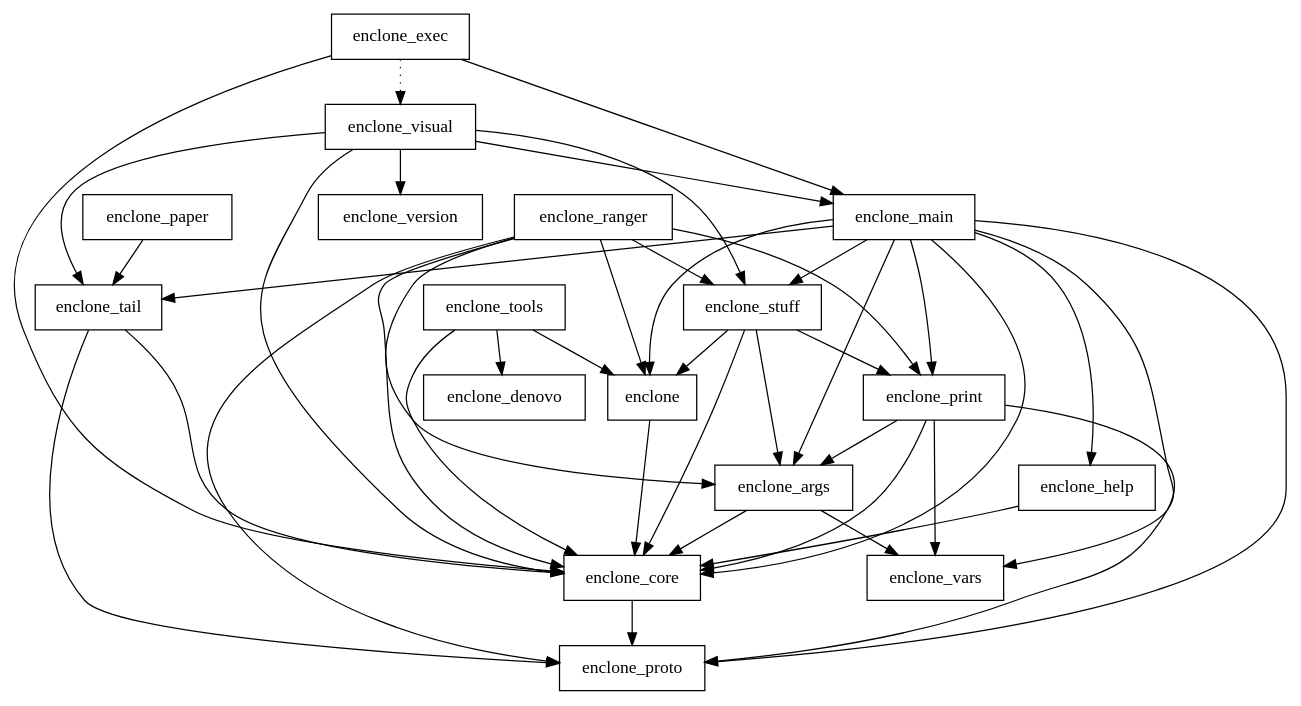
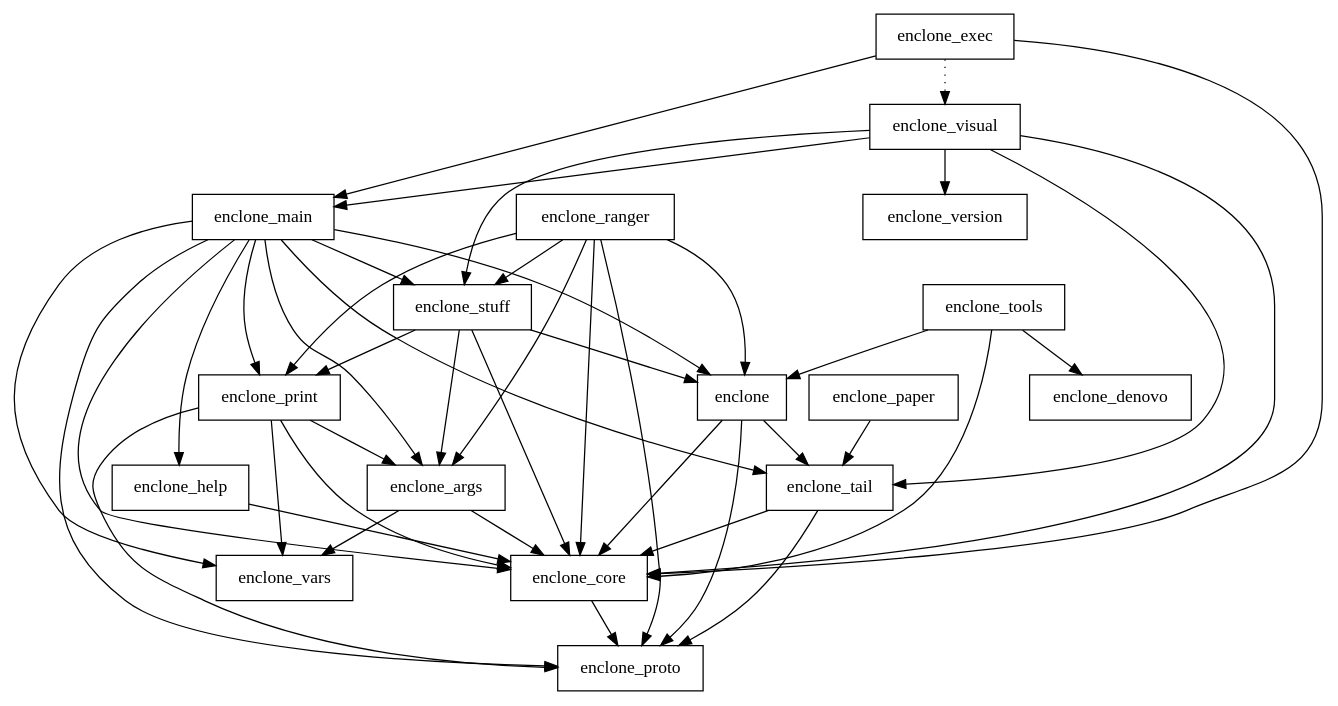
One commit to 10XGenomics/enclone changed the diagram in crates.dot. Above: the diagram before and after it, drawn with Graphviz. The commit also changed 28 other files, not shown here.

```diff
--- a/crates.dot
+++ b/crates.dot
@@ -1,61 +1,63 @@
 digraph {
     0 [ label = "enclone" shape = box]
     1 [ label = "enclone_core" shape = box]
     2 [ label = "enclone_proto" shape = box]
-    3 [ label = "enclone_args" shape = box]
-    4 [ label = "enclone_vars" shape = box]
-    5 [ label = "enclone_denovo" shape = box]
-    6 [ label = "enclone_exec" shape = box]
-    7 [ label = "enclone_main" shape = box]
-    8 [ label = "enclone_help" shape = box]
-    9 [ label = "enclone_print" shape = box]
-    10 [ label = "enclone_stuff" shape = box]
-    11 [ label = "enclone_tail" shape = box]
+    3 [ label = "enclone_tail" shape = box]
+    4 [ label = "enclone_args" shape = box]
+    5 [ label = "enclone_vars" shape = box]
+    6 [ label = "enclone_denovo" shape = box]
+    7 [ label = "enclone_exec" shape = box]
+    8 [ label = "enclone_main" shape = box]
+    9 [ label = "enclone_help" shape = box]
+    10 [ label = "enclone_print" shape = box]
+    11 [ label = "enclone_stuff" shape = box]
     12 [ label = "enclone_visual" shape = box]
     13 [ label = "enclone_version" shape = box]
     14 [ label = "enclone_ranger" shape = box]
     15 [ label = "enclone_tools" shape = box]
     16 [ label = "enclone_paper" shape = box]
     0 -> 1 [ ]
+    0 -> 2 [ ]
+    0 -> 3 [ ]
     1 -> 2 [ ]
     3 -> 1 [ ]
-    3 -> 4 [ ]
-    6 -> 1 [ ]
-    6 -> 7 [ ]
-    6 -> 12 [ style = dotted]
-    7 -> 0 [ ]
-    7 -> 3 [ ]
+    3 -> 2 [ ]
+    4 -> 1 [ ]
+    4 -> 5 [ ]
     7 -> 1 [ ]
     7 -> 8 [ ]
-    7 -> 9 [ ]
-    7 -> 2 [ ]
-    7 -> 10 [ ]
-    7 -> 11 [ ]
-    7 -> 4 [ ]
+    7 -> 12 [ style = dotted]
+    8 -> 0 [ ]
+    8 -> 4 [ ]
     8 -> 1 [ ]
-    9 -> 3 [ ]
+    8 -> 9 [ ]
+    8 -> 10 [ ]
+    8 -> 2 [ ]
+    8 -> 11 [ ]
+    8 -> 3 [ ]
+    8 -> 5 [ ]
     9 -> 1 [ ]
-    9 -> 2 [ ]
-    9 -> 4 [ ]
-    10 -> 0 [ ]
-    10 -> 3 [ ]
+    10 -> 4 [ ]
     10 -> 1 [ ]
-    10 -> 9 [ ]
+    10 -> 2 [ ]
+    10 -> 5 [ ]
+    11 -> 0 [ ]
+    11 -> 4 [ ]
     11 -> 1 [ ]
-    11 -> 2 [ ]
+    11 -> 10 [ ]
     12 -> 1 [ ]
-    12 -> 7 [ ]
-    12 -> 10 [ ]
+    12 -> 8 [ ]
     12 -> 11 [ ]
+    12 -> 3 [ ]
     12 -> 13 [ ]
     14 -> 0 [ ]
-    14 -> 3 [ ]
+    14 -> 4 [ ]
     14 -> 1 [ ]
-    14 -> 9 [ ]
+    14 -> 10 [ ]
     14 -> 2 [ ]
-    14 -> 10 [ ]
+    14 -> 11 [ ]
     15 -> 0 [ ]
     15 -> 1 [ ]
-    15 -> 5 [ ]
-    16 -> 11 [ ]
+    15 -> 6 [ ]
+    16 -> 3 [ ]
 }
```
